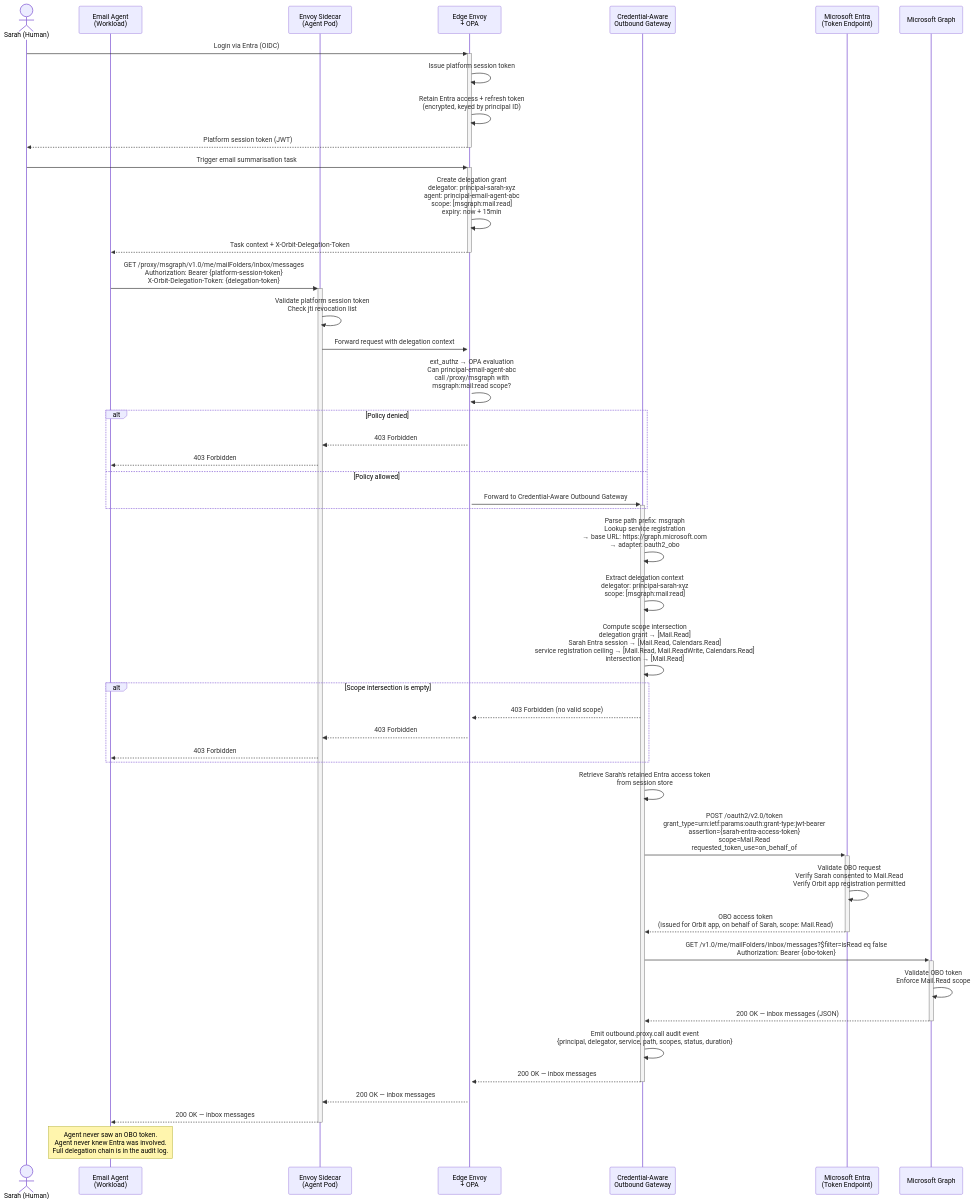
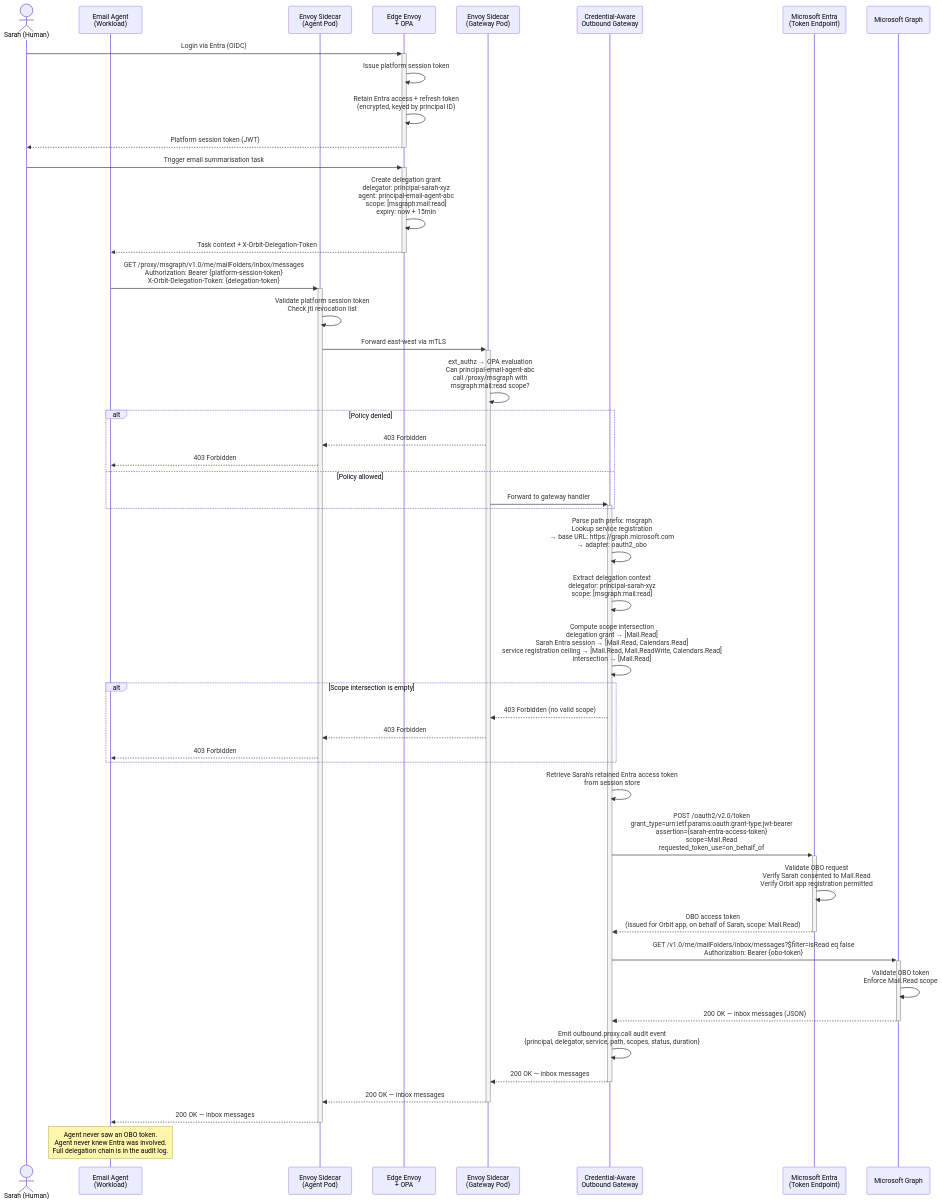
One commit to runkora/kora changed the diagram in docs/adr/0012-credential-aware-outbound-gateway.md. Above: the diagram before and after it, drawn with Mermaid. The commit also changed other lines of this file and 1 other file, not shown here.

Commit message:
docs(adr): clarify east-west/north-bound traffic flow in credential-aware outbound gateway ADR

````diff
--- a/docs/adr/0012-credential-aware-outbound-gateway.md
+++ b/docs/adr/0012-credential-aware-outbound-gateway.md
@@ -543,68 +545,69 @@
 ```mermaid
 sequenceDiagram
     actor Sarah as Sarah (Human)
     participant Agent as Email Agent<br/>(Workload)
     participant Sidecar as Envoy Sidecar<br/>(Agent Pod)
     participant EdgeEnvoy as Edge Envoy<br/>+ OPA
+    participant GatewaySidecar as Envoy Sidecar<br/>(Gateway Pod)
     participant Gateway as Credential-Aware<br/>Outbound Gateway
     participant Entra as Microsoft Entra<br/>(Token Endpoint)
     participant MSGraph as Microsoft Graph
 
     %% Login and token retention
     Sarah->>+EdgeEnvoy: Login via Entra (OIDC)
     EdgeEnvoy->>EdgeEnvoy: Issue platform session token
     EdgeEnvoy->>EdgeEnvoy: Retain Entra access + refresh token<br/>(encrypted, keyed by principal ID)
     EdgeEnvoy-->>-Sarah: Platform session token (JWT)
 
     %% Delegation
     Sarah->>+EdgeEnvoy: Trigger email summarisation task
     EdgeEnvoy->>EdgeEnvoy: Create delegation grant<br/>delegator: principal-sarah-xyz<br/>agent: principal-email-agent-abc<br/>scope: [msgraph:mail:read]<br/>expiry: now + 15min
     EdgeEnvoy-->>-Agent: Task context + X-Orbit-Delegation-Token
 
     %% Agent makes plain HTTP call
     Agent->>+Sidecar: GET /proxy/msgraph/v1.0/me/mailFolders/inbox/messages<br/>Authorization: Bearer {platform-session-token}<br/>X-Orbit-Delegation-Token: {delegation-token}
 
-    %% Sidecar validates
+    %% Sidecar validates and forwards east-west
     Sidecar->>Sidecar: Validate platform session token<br/>Check jti revocation list
-    Sidecar->>+EdgeEnvoy: Forward request with delegation context
+    Sidecar->>+GatewaySidecar: Forward east-west via mTLS
 
-    %% OPA policy evaluation
-    EdgeEnvoy->>EdgeEnvoy: ext_authz → OPA evaluation<br/>Can principal-email-agent-abc<br/>call /proxy/msgraph with<br/>msgraph:mail:read scope?
+    %% OPA policy evaluation at gateway sidecar
+    GatewaySidecar->>GatewaySidecar: ext_authz → OPA evaluation<br/>Can principal-email-agent-abc<br/>call /proxy/msgraph with<br/>msgraph:mail:read scope?
     alt Policy denied
-        EdgeEnvoy-->>Sidecar: 403 Forbidden
+        GatewaySidecar-->>Sidecar: 403 Forbidden
         Sidecar-->>Agent: 403 Forbidden
     else Policy allowed
-        EdgeEnvoy->>+Gateway: Forward to Credential-Aware Outbound Gateway
+        GatewaySidecar->>+Gateway: Forward to gateway handler
     end
 
     %% Gateway resolves service and adapter
     Gateway->>Gateway: Parse path prefix: msgraph<br/>Lookup service registration<br/>→ base URL: https://graph.microsoft.com<br/>→ adapter: oauth2_obo
     Gateway->>Gateway: Extract delegation context<br/>delegator: principal-sarah-xyz<br/>scope: [msgraph:mail:read]
 
     %% Scope intersection
     Gateway->>Gateway: Compute scope intersection<br/>delegation grant → [Mail.Read]<br/>Sarah Entra session → [Mail.Read, Calendars.Read]<br/>service registration ceiling → [Mail.Read, Mail.ReadWrite, Calendars.Read]<br/>intersection → [Mail.Read]
     alt Scope intersection is empty
-        Gateway-->>EdgeEnvoy: 403 Forbidden (no valid scope)
-        EdgeEnvoy-->>Sidecar: 403 Forbidden
+        Gateway-->>GatewaySidecar: 403 Forbidden (no valid scope)
+        GatewaySidecar-->>Sidecar: 403 Forbidden
         Sidecar-->>Agent: 403 Forbidden
     end
 
     %% OBO exchange
     Gateway->>Gateway: Retrieve Sarah's retained Entra access token<br/>from session store
     Gateway->>+Entra: POST /oauth2/v2.0/token<br/>grant_type=urn:ietf:params:oauth:grant-type:jwt-bearer<br/>assertion={sarah-entra-access-token}<br/>scope=Mail.Read<br/>requested_token_use=on_behalf_of
     Entra->>Entra: Validate OBO request<br/>Verify Sarah consented to Mail.Read<br/>Verify Orbit app registration permitted
     Entra-->>-Gateway: OBO access token<br/>(issued for Orbit app, on behalf of Sarah, scope: Mail.Read)
 
-    %% Real outbound call
+    %% Real outbound call (north-bound — gateway makes this directly)
     Gateway->>+MSGraph: GET /v1.0/me/mailFolders/inbox/messages?$filter=isRead eq false<br/>Authorization: Bearer {obo-token}
     MSGraph->>MSGraph: Validate OBO token<br/>Enforce Mail.Read scope
     MSGraph-->>-Gateway: 200 OK — inbox messages (JSON)
 
     %% Audit and response
     Gateway->>Gateway: Emit outbound.proxy.call audit event<br/>{principal, delegator, service, path, scopes, status, duration}
-    Gateway-->>-EdgeEnvoy: 200 OK — inbox messages
-    EdgeEnvoy-->>Sidecar: 200 OK — inbox messages
+    Gateway-->>-GatewaySidecar: 200 OK — inbox messages
+    GatewaySidecar-->>-Sidecar: 200 OK — inbox messages
     Sidecar-->>-Agent: 200 OK — inbox messages
 
     Note over Agent: Agent never saw an OBO token.<br/>Agent never knew Entra was involved.<br/>Full delegation chain is in the audit log.
 ```
````
